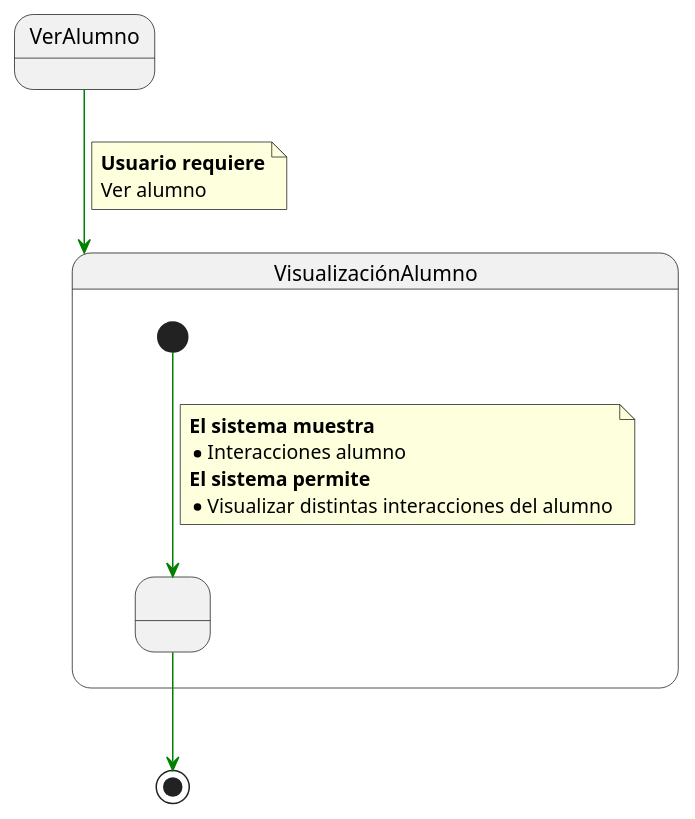
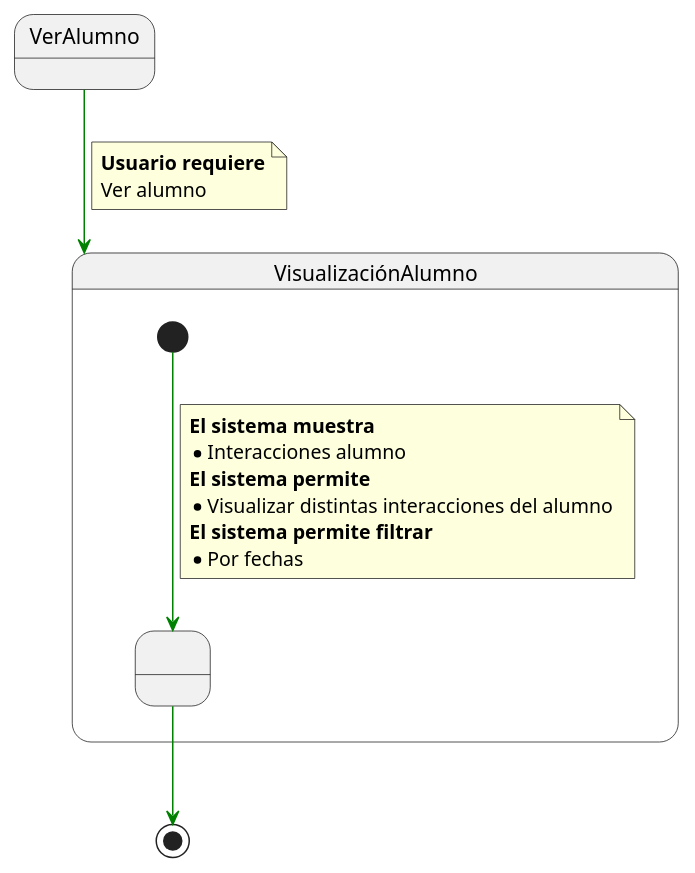
One commit to mmasias/IdSw1-22-23 changed the diagram in 000-entregas/Grupo1/DetalleCasosDeUso/VerAlumno.puml. Above: the diagram before and after it, drawn with PlantUML.

```diff
--- a/000-entregas/Grupo1/DetalleCasosDeUso/VerAlumno.puml
+++ b/000-entregas/Grupo1/DetalleCasosDeUso/VerAlumno.puml
@@ -1,32 +1,34 @@
 @startuml VerAlumno
 
 State VerAlumno
 
 
 State VisualizaciónAlumno{ 
 
   State state1 as " "
 
   [*] -[#green]-> state1
 
   note on link 
     <b>El sistema muestra
     * Interacciones alumno
     <b>El sistema permite
     * Visualizar distintas interacciones del alumno
+    <b>El sistema permite filtrar
+    *Por fechas
   end note
  
 
 } 
 
 VerAlumno-[#green]-> VisualizaciónAlumno
 
 note on link
  <b>Usuario requiere
  Ver alumno
 end note
 
 state1 -[#green]-> [*] 
 
 
 @enduml
```
